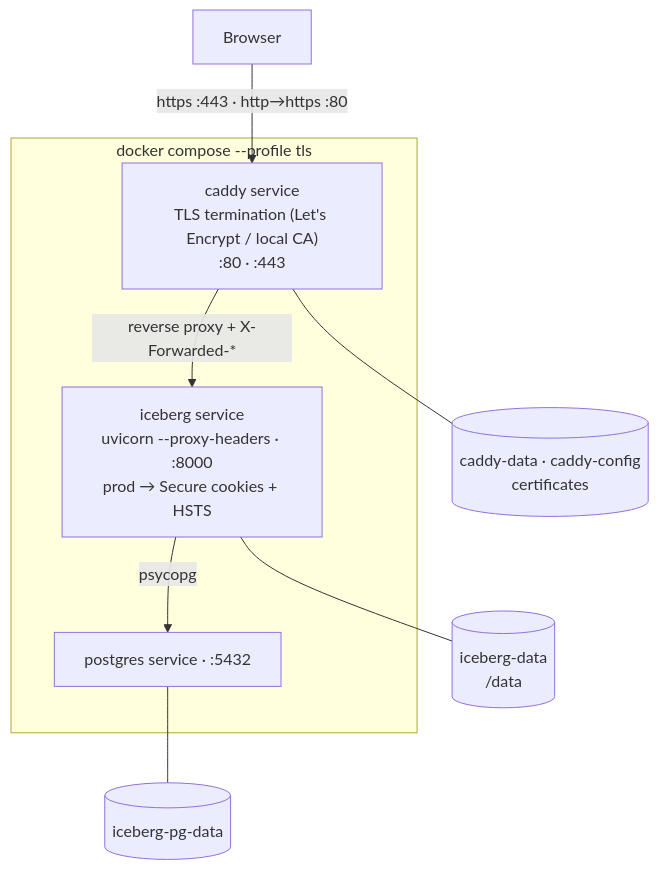
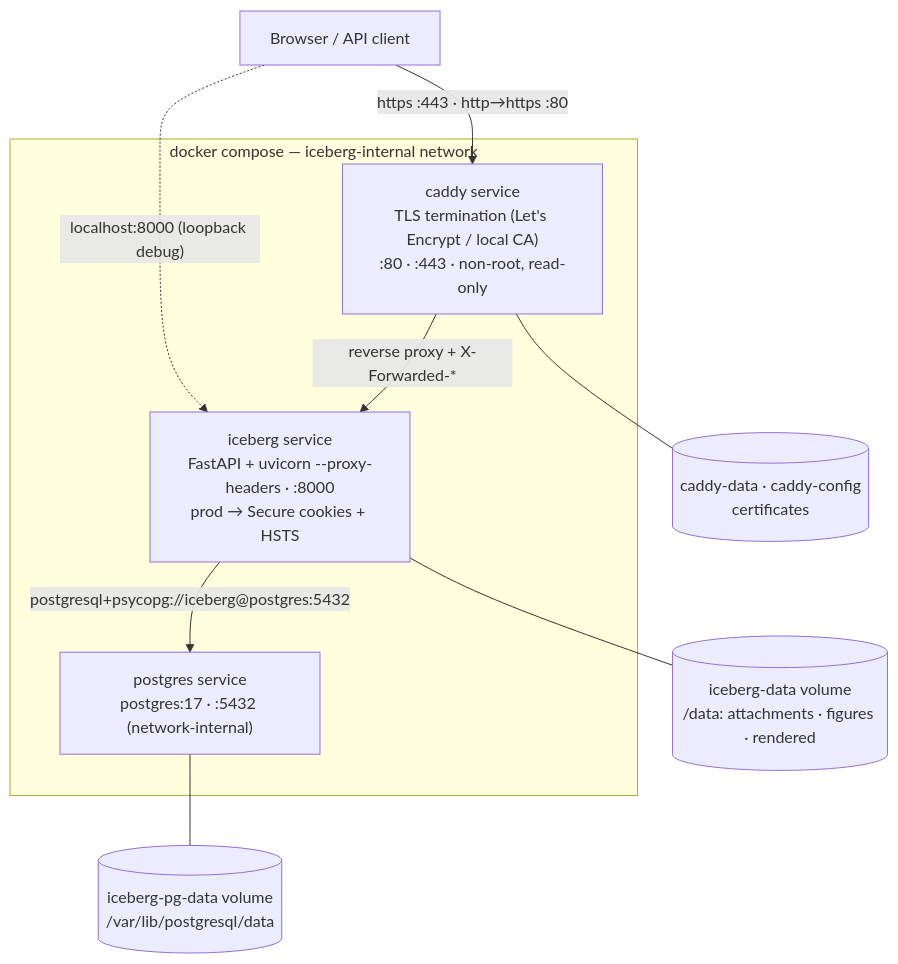
The third of 4 diagrams in README.md (IcebergAI/IcebergCTI), drawn with Mermaid before and after one commit. The commit also changed other lines of this file and 4 other files, not shown here.

First line of the commit message:
Compose: make Caddy the default TLS front end (TTX/EBS parity) (#283)

````diff
--- a/README.md
+++ b/README.md
@@ -701,16 +694,17 @@
 ```mermaid
 flowchart TB
-  Client["Browser"] -->|"https :443 · http→https :80"| Caddy
+  Client["Browser / API client"] -->|"https :443 · http→https :80"| Caddy
+  Client -.->|"localhost:8000 (loopback debug)"| App
 
-  subgraph net["docker compose --profile tls"]
-    Caddy["caddy service<br/>TLS termination (Let's Encrypt / local CA)<br/>:80 · :443"]
-    App["iceberg service<br/>uvicorn --proxy-headers · :8000<br/>prod → Secure cookies + HSTS"]
-    PG["postgres service · :5432"]
+  subgraph net["docker compose — iceberg-internal network"]
+    Caddy["caddy service<br/>TLS termination (Let's Encrypt / local CA)<br/>:80 · :443 · non-root, read-only"]
+    App["iceberg service<br/>FastAPI + uvicorn --proxy-headers · :8000<br/>prod → Secure cookies + HSTS"]
+    PG["postgres service<br/>postgres:17 · :5432 (network-internal)"]
     Caddy -->|"reverse proxy + X-Forwarded-*"| App
-    App -->|"psycopg"| PG
+    App -->|"postgresql+psycopg://iceberg@postgres:5432"| PG
   end
 
   Caddy --- CV[("caddy-data · caddy-config<br/>certificates")]
-  App --- V1[("iceberg-data<br/>/data")]
-  PG --- V2[("iceberg-pg-data")]
+  App --- V1[("iceberg-data volume<br/>/data: attachments · figures · rendered")]
+  PG --- V2[("iceberg-pg-data volume<br/>/var/lib/postgresql/data")]
 ```
````
